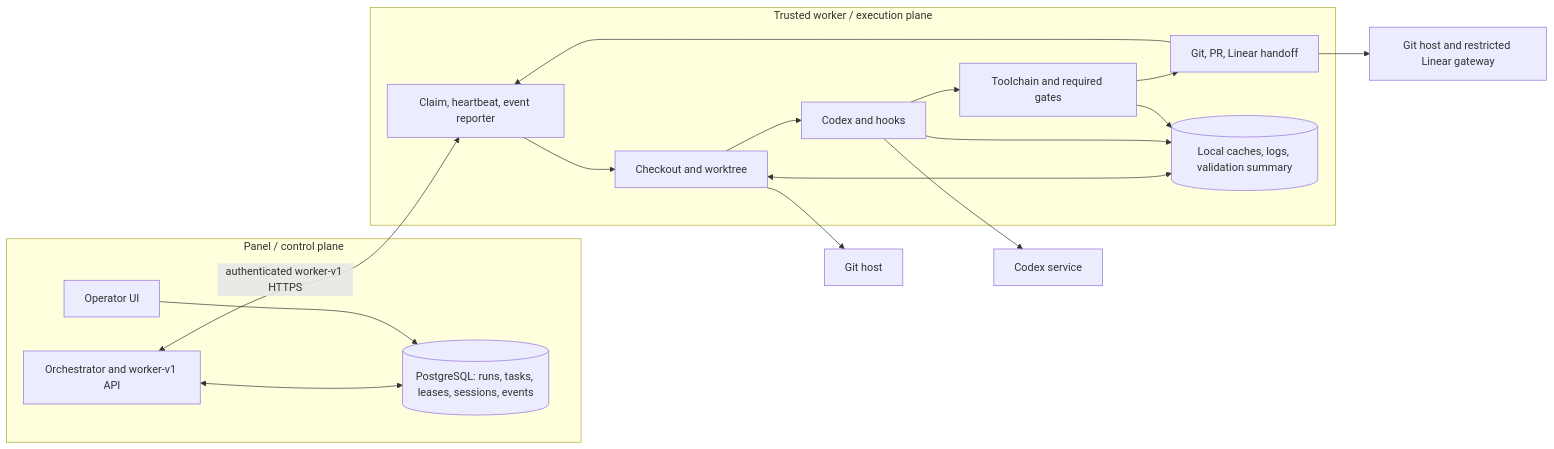
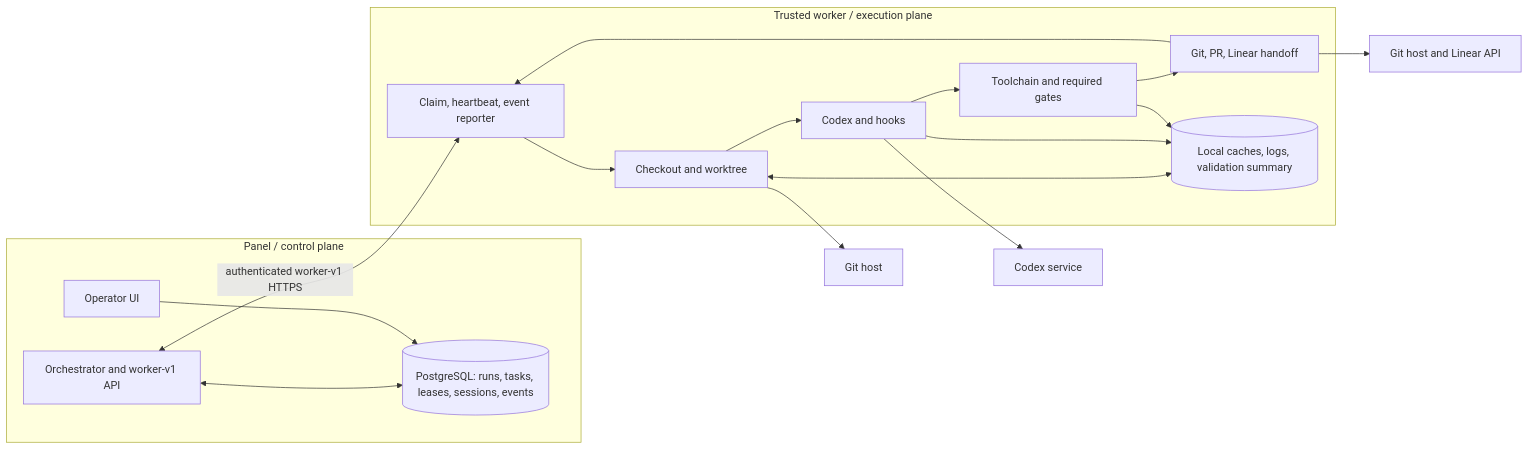
The diagram in docs/execution-runtime-design.md (VikingMew/symphony), drawn with Mermaid before and after one commit. The commit also changed other lines of this file and 9 other files, not shown here.

Commit message:
fix(worker): extend profile prompt for worker tasks; drop restricted-linear remnants (SYM-66)

````diff
--- a/docs/execution-runtime-design.md
+++ b/docs/execution-runtime-design.md
@@ -44,26 +44,26 @@
 ```mermaid
 flowchart LR
   subgraph Panel[Panel / control plane]
     O[Orchestrator and worker-v1 API]
     DB[(PostgreSQL: runs, tasks, leases, sessions, events)]
     UI[Operator UI]
     O <--> DB
     UI --> DB
   end
   subgraph Worker[Trusted worker / execution plane]
     C[Claim, heartbeat, event reporter]
     W[Checkout and worktree]
     X[Codex and hooks]
     V[Toolchain and required gates]
     H[Git, PR, Linear handoff]
     L[(Local caches, logs, validation summary)]
     C --> W --> X --> V --> H --> C
     W <--> L
     X --> L
     V --> L
   end
   O <-->|authenticated worker-v1 HTTPS| C
   W --> Git[Git host]
   X --> Codex[Codex service]
-  H --> Services[Git host and restricted Linear gateway]
+  H --> Services[Git host and Linear API]
 ```
````
